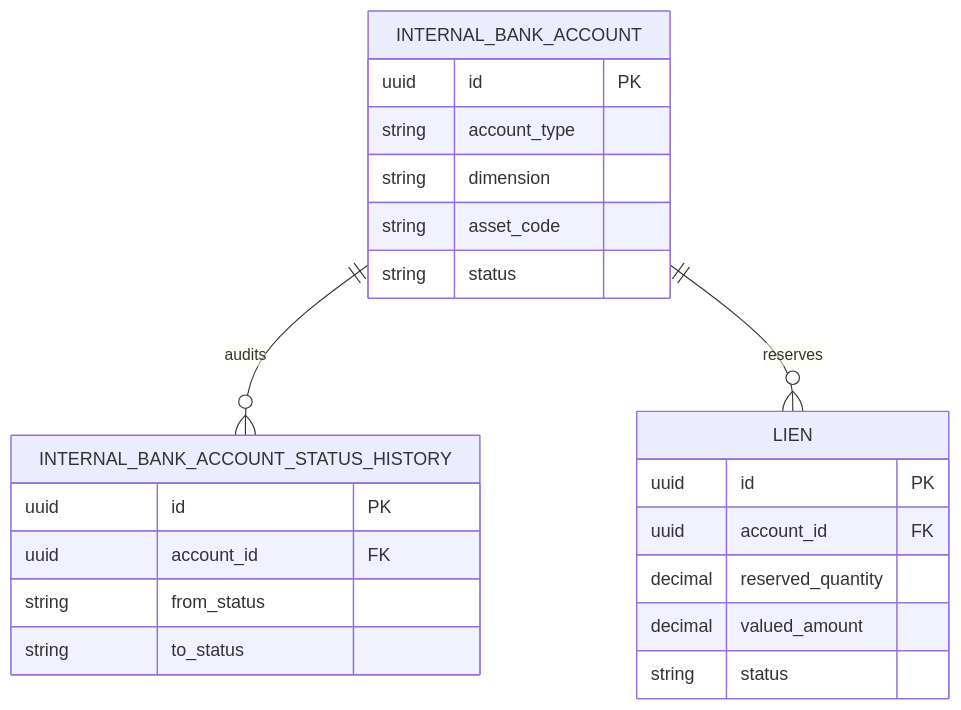
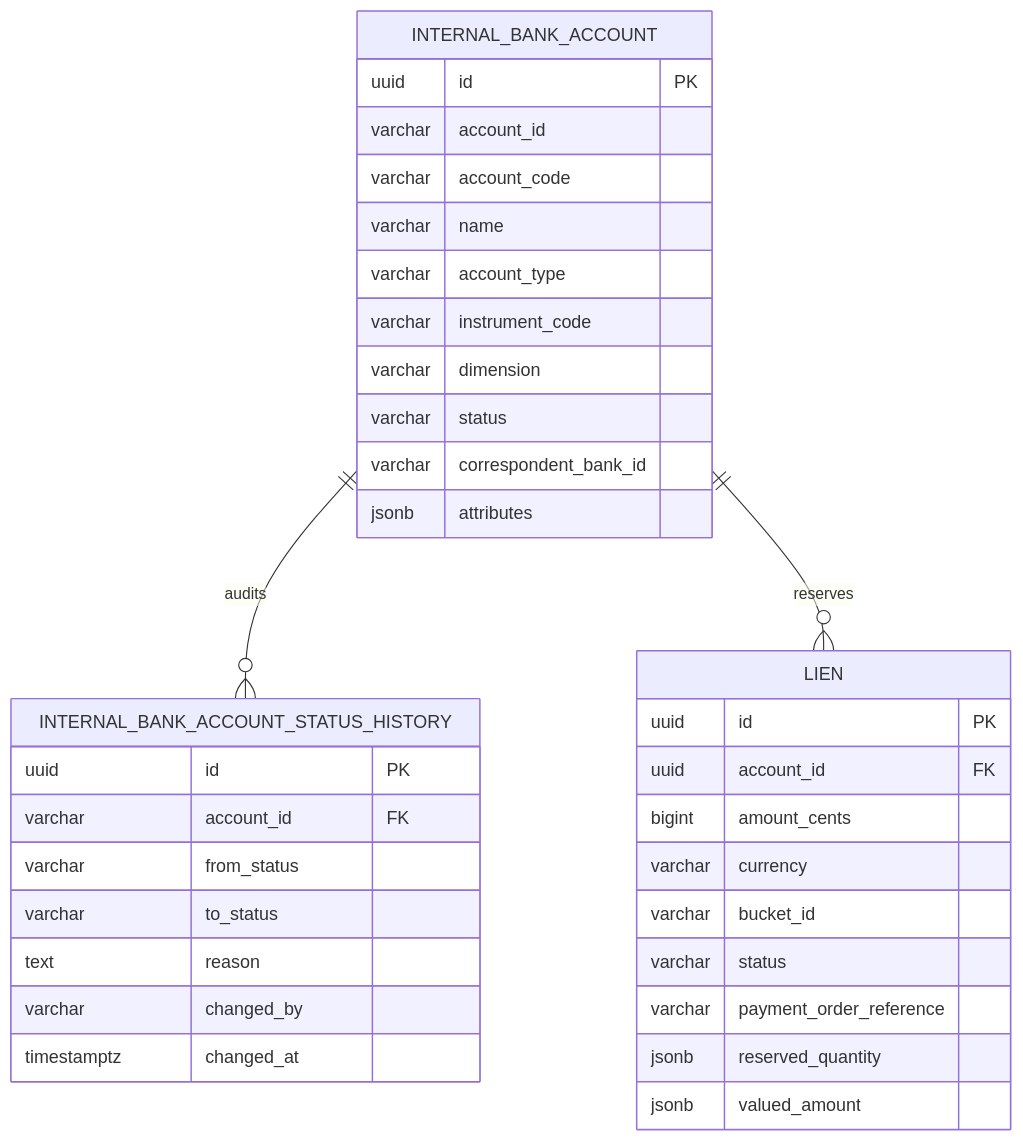
The fifth of 13 diagrams in docs/architecture/data-model.md (meridianhub/meridian), drawn with Mermaid before and after one commit. The commit also changed other lines of this file, not shown here.

First line of the commit message:
docs: Fill ER diagram attribute blocks with canonical schema

````diff
--- a/docs/architecture/data-model.md
+++ b/docs/architecture/data-model.md
@@ -387,25 +485,37 @@
 ```mermaid
 erDiagram
     INTERNAL_BANK_ACCOUNT ||--o{ INTERNAL_BANK_ACCOUNT_STATUS_HISTORY : audits
     INTERNAL_BANK_ACCOUNT ||--o{ LIEN : reserves
     INTERNAL_BANK_ACCOUNT {
         uuid id PK
-        string account_type
-        string dimension
-        string asset_code
-        string status
+        varchar account_id
+        varchar account_code
+        varchar name
+        varchar account_type
+        varchar instrument_code
+        varchar dimension
+        varchar status
+        varchar correspondent_bank_id
+        jsonb attributes
     }
     INTERNAL_BANK_ACCOUNT_STATUS_HISTORY {
         uuid id PK
-        uuid account_id FK
-        string from_status
-        string to_status
+        varchar account_id FK
+        varchar from_status
+        varchar to_status
+        text reason
+        varchar changed_by
+        timestamptz changed_at
     }
     LIEN {
         uuid id PK
         uuid account_id FK
-        decimal reserved_quantity
-        decimal valued_amount
-        string status
+        bigint amount_cents
+        varchar currency
+        varchar bucket_id
+        varchar status
+        varchar payment_order_reference
+        jsonb reserved_quantity
+        jsonb valued_amount
     }
 ```
````
